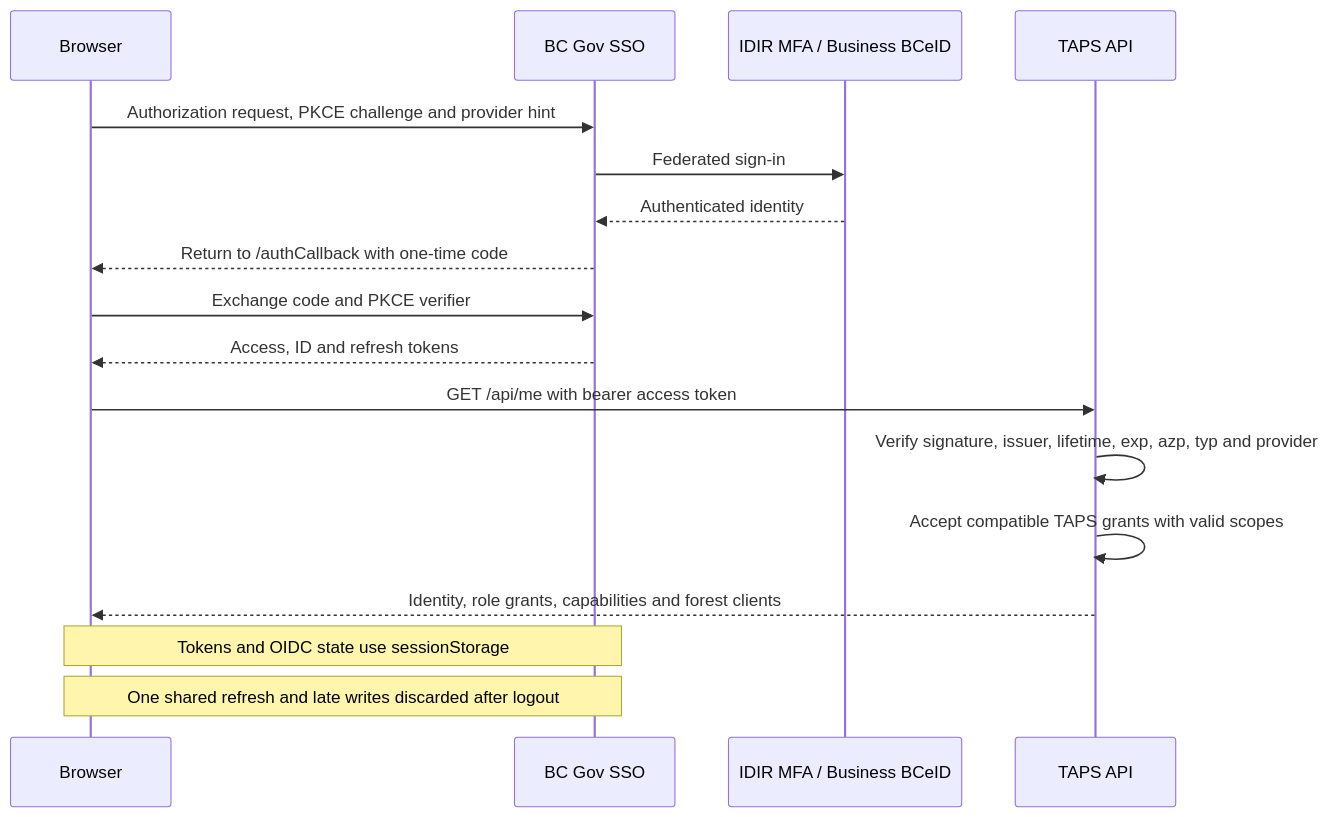
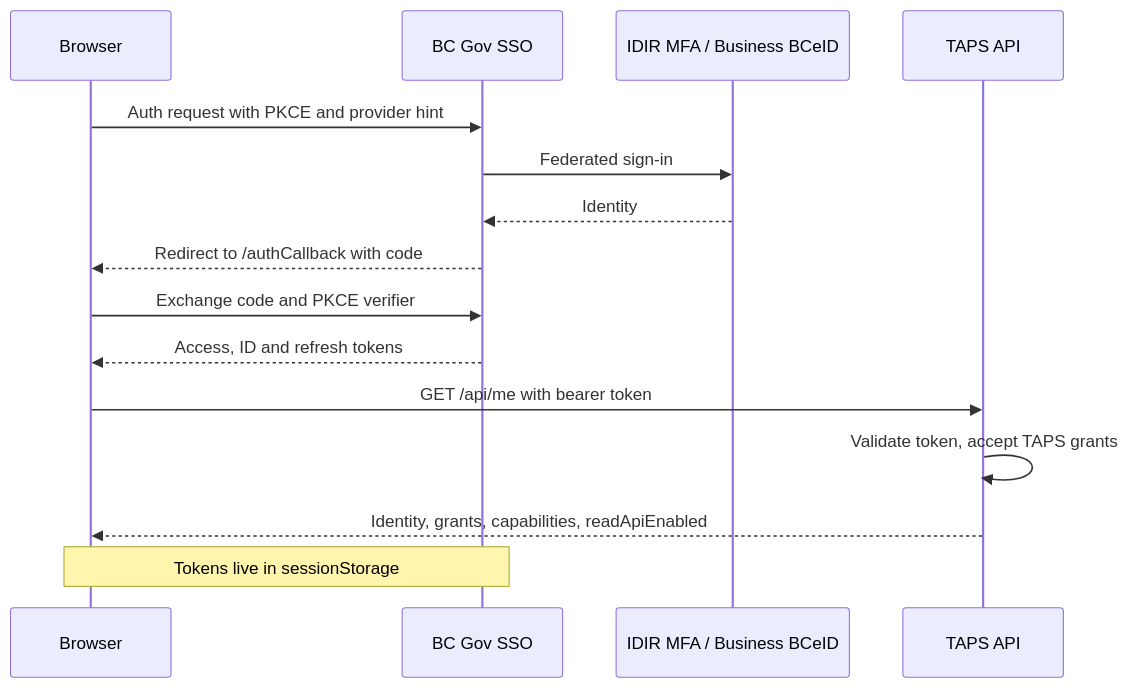
The second of 3 diagrams in docs/architecture.md (bcgov/nr-taps), drawn with Mermaid before and after one commit. The commit also changed other lines of this file and 228 other files, not shown here.

First line of the commit message:
feat: add TAPS UI and scoped ECAS and GAS read workflows (#3)

````diff
--- a/docs/architecture.md
+++ b/docs/architecture.md
@@ -55,19 +33,17 @@
 ```mermaid
 sequenceDiagram
     participant U as Browser
     participant S as BC Gov SSO
     participant I as IDIR MFA / Business BCeID
     participant B as TAPS API
-    U->>S: Authorization request, PKCE challenge and provider hint
+    U->>S: Auth request with PKCE and provider hint
     S->>I: Federated sign-in
-    I-->>S: Authenticated identity
-    S-->>U: Return to /authCallback with one-time code
+    I-->>S: Identity
+    S-->>U: Redirect to /authCallback with code
     U->>S: Exchange code and PKCE verifier
     S-->>U: Access, ID and refresh tokens
-    U->>B: GET /api/me with bearer access token
-    B->>B: Verify signature, issuer, lifetime, exp, azp, typ and provider
-    B->>B: Accept compatible TAPS grants with valid scopes
-    B-->>U: Identity, role grants, capabilities and forest clients
-    Note over U,S: Tokens and OIDC state use sessionStorage
-    Note over U,S: One shared refresh and late writes discarded after logout
+    U->>B: GET /api/me with bearer token
+    B->>B: Validate token, accept TAPS grants
+    B-->>U: Identity, grants, capabilities, readApiEnabled
+    Note over U,S: Tokens live in sessionStorage
 ```
````
